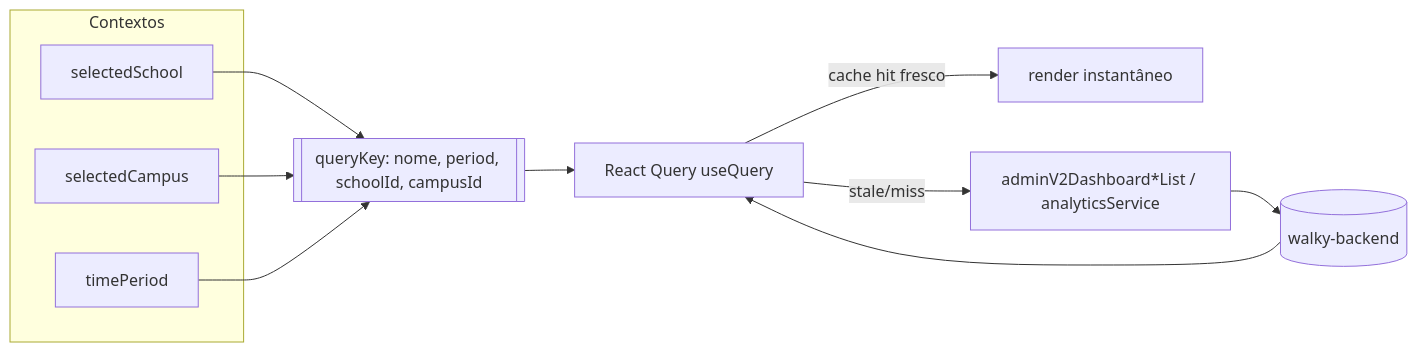
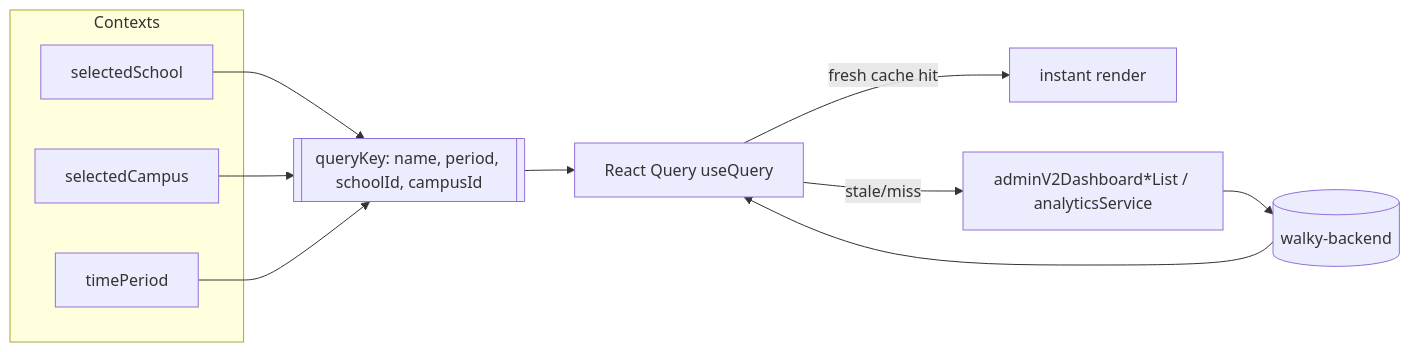
Before and after one commit to Walky-App/walky-admin: the seventh of 15 diagrams in docs/workflows.md, drawn with Mermaid. The commit also changed other lines of this file and 12 other files, not shown here.

````diff
--- a/docs/workflows.md
+++ b/docs/workflows.md
@@ -359,16 +360,16 @@
 ```mermaid
 flowchart LR
-    subgraph Contextos
+    subgraph Contexts
         SchoolCtx[selectedSchool]
         CampusCtx[selectedCampus]
         DashCtx[timePeriod]
     end
-    SchoolCtx --> Key[[queryKey: nome, period, schoolId, campusId]]
+    SchoolCtx --> Key[[queryKey: name, period, schoolId, campusId]]
     CampusCtx --> Key
     DashCtx --> Key
     Key --> RQ[React Query useQuery]
-    RQ -->|cache hit fresco| UI[render instantâneo]
+    RQ -->|fresh cache hit| UI[instant render]
     RQ -->|stale/miss| Fetch[adminV2Dashboard*List / analyticsService]
     Fetch --> BE[(walky-backend)]
     BE --> RQ
 ```
````
